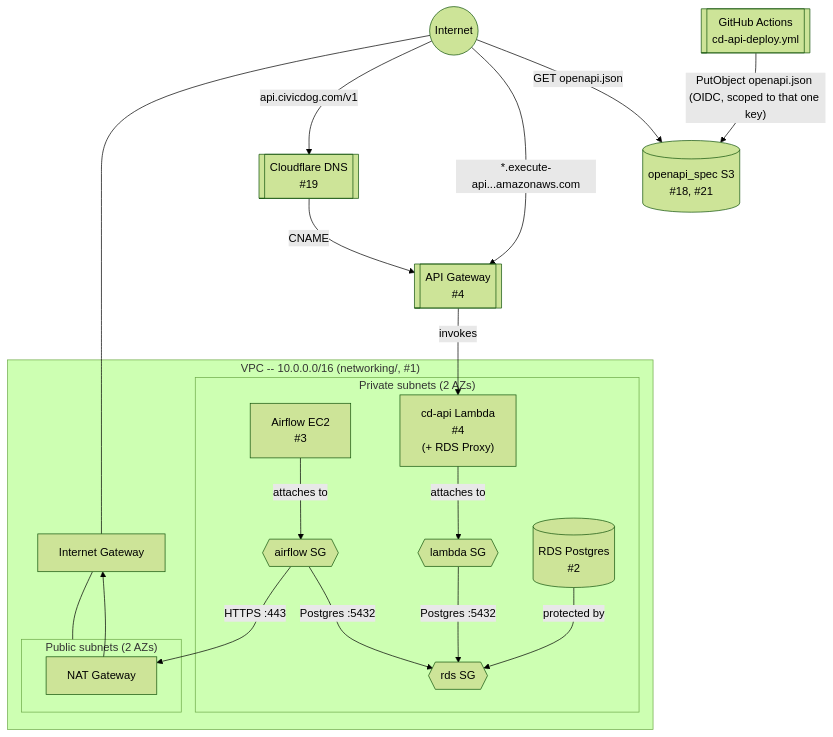
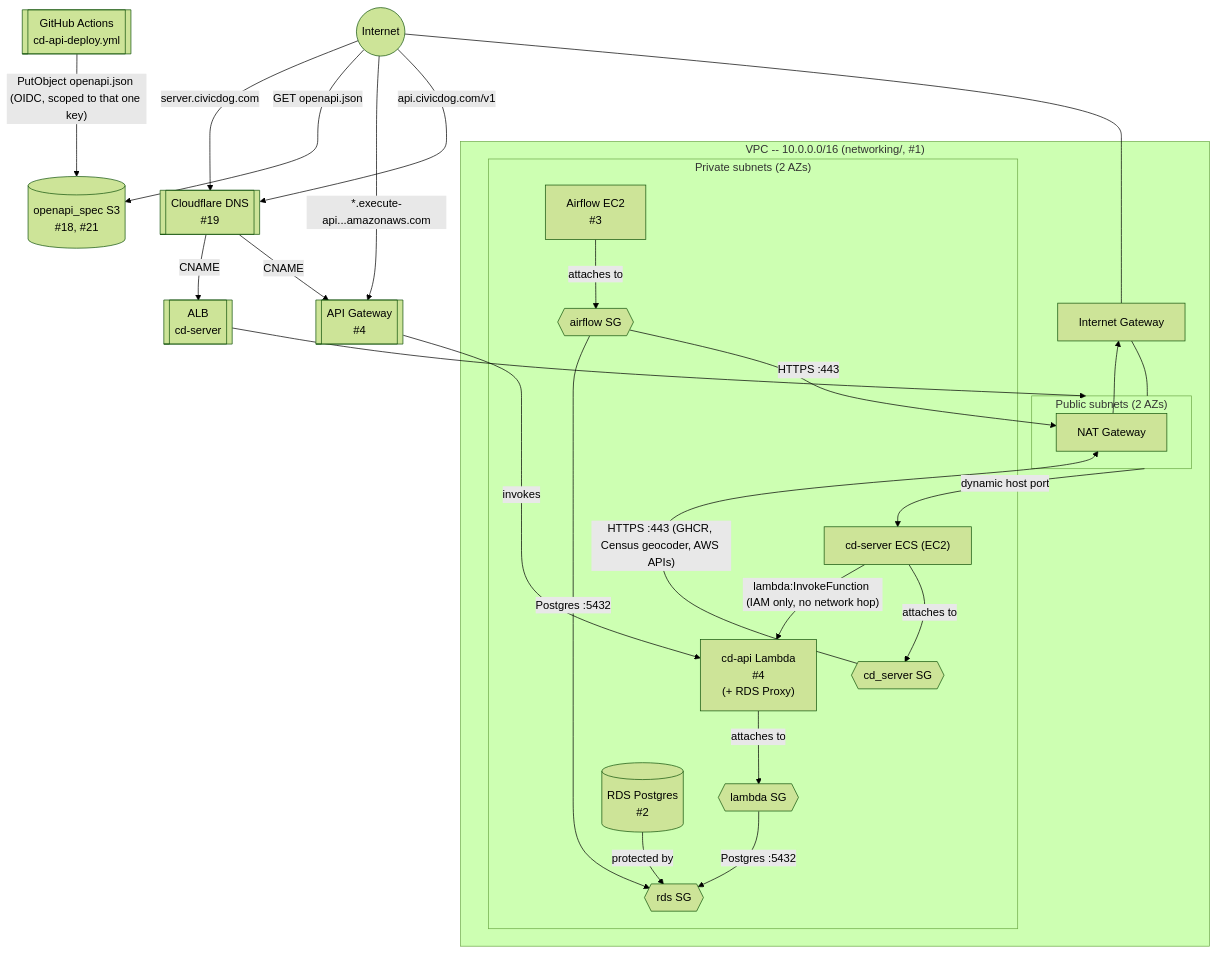
One commit to rchacon/cd-infra changed the diagram in README.md. Above: the diagram before and after it, drawn with Mermaid (forest theme). The commit also changed other lines of this file and 9 other files, not shown here.

First line of the commit message:
Provision cd-server on ECS (EC2) + ALB at server.civicdog.com

````diff
--- a/README.md
+++ b/README.md
@@ -8,43 +8,53 @@
 ```mermaid
 flowchart TB
     internet(("Internet"))
     cf[["Cloudflare DNS<br/>#19"]]
     apigw[["API Gateway<br/>#4"]]
     openapi[("openapi_spec S3<br/>#18, #21")]
     gha[["GitHub Actions<br/>cd-api-deploy.yml"]]
+    alb[["ALB<br/>cd-server"]]
 
     subgraph vpc["VPC -- 10.0.0.0/16 (networking/, #1)"]
         igw["Internet Gateway"]
 
         subgraph pub["Public subnets (2 AZs)"]
             nat["NAT Gateway"]
         end
 
         subgraph priv["Private subnets (2 AZs)"]
             rds_sg{{"rds SG"}}
             airflow_sg{{"airflow SG"}}
             lambda_sg{{"lambda SG"}}
+            cd_server_sg{{"cd_server SG"}}
             rds[("RDS Postgres<br/>#2")]
             airflow["Airflow EC2<br/>#3"]
             lambda["cd-api Lambda<br/>#4<br/>(+ RDS Proxy)"]
+            cd_server["cd-server ECS (EC2)"]
         end
     end
 
     internet --- igw
     igw --- pub
     internet -- "api.civicdog.com/v1" --> cf
     cf -- CNAME --> apigw
     internet -- "*.execute-api...amazonaws.com" --> apigw
     internet -- "GET openapi.json" --> openapi
     gha -- "PutObject openapi.json (OIDC, scoped to that one key)" --> openapi
     apigw -- invokes --> lambda
+    internet -- "server.civicdog.com" --> cf
+    cf -- CNAME --> alb
+    alb --> pub
+    pub -- "dynamic host port" --> cd_server
 
     rds -- protected by --> rds_sg
     airflow -- attaches to --> airflow_sg
     lambda -- attaches to --> lambda_sg
+    cd_server -- attaches to --> cd_server_sg
 
     airflow_sg -- "HTTPS :443" --> nat
     nat --> igw
     airflow_sg -- "Postgres :5432" --> rds_sg
     lambda_sg -- "Postgres :5432" --> rds_sg
+    cd_server_sg -- "HTTPS :443 (GHCR, Census geocoder, AWS APIs)" --> nat
+    cd_server -- "lambda:InvokeFunction (IAM only, no network hop)" --> lambda
 ```
````
